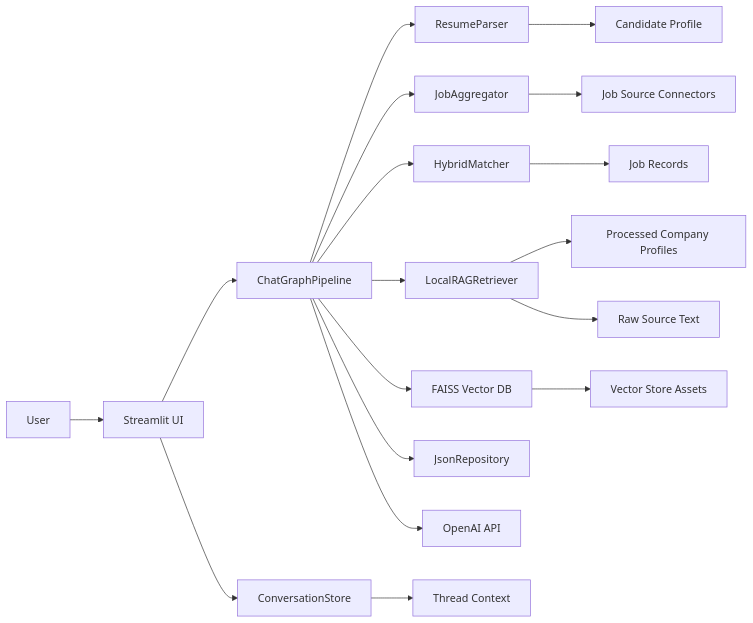
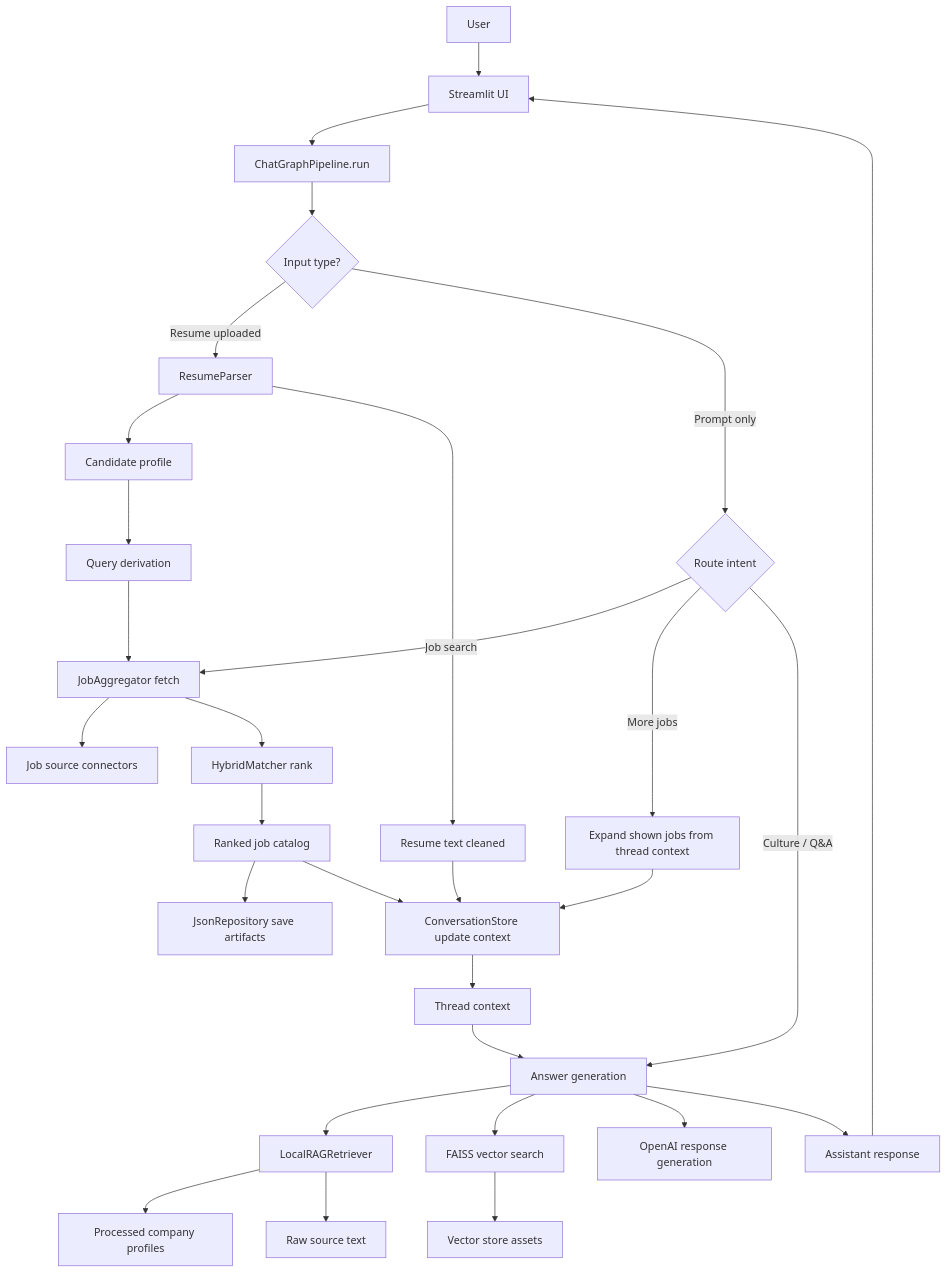
One commit to Ashleshupganlawar/career-intel-assistant changed the diagram in README.md. Above: the diagram before and after it, drawn with Mermaid.

Commit message:
Refine README architecture diagram

````diff
--- a/README.md
+++ b/README.md
@@ -96,20 +96,35 @@
 ```mermaid
-flowchart LR
+flowchart TD
     U[User] --> UI[Streamlit UI]
-    UI --> GP[ChatGraphPipeline]
-    UI --> CS[ConversationStore]
-    GP --> RP[ResumeParser]
-    GP --> JA[JobAggregator]
-    GP --> HM[HybridMatcher]
-    GP --> LR[LocalRAGRetriever]
-    GP --> FV[FAISS Vector DB]
-    GP --> JR[JsonRepository]
-    LR --> PCP[Processed Company Profiles]
-    LR --> RS[Raw Source Text]
-    FV --> VS[Vector Store Assets]
-    JA --> JS[Job Source Connectors]
-    HM --> JT[Job Records]
-    RP --> CP[Candidate Profile]
-    GP --> OA[OpenAI API]
-    CS --> TH[Thread Context]
+    UI --> GP[ChatGraphPipeline.run]
+    GP --> R{Input type?}
+
+    R -->|Resume uploaded| RP[ResumeParser]
+    RP --> CP[Candidate profile]
+    RP --> ORT[Resume text cleaned]
+    CP --> QD[Query derivation]
+    QD --> JA[JobAggregator fetch]
+    JA --> JS[Job source connectors]
+    JA --> HM[HybridMatcher rank]
+    HM --> JC[Ranked job catalog]
+    JC --> JR[JsonRepository save artifacts]
+    JC --> CS[ConversationStore update context]
+    ORT --> CS
+
+    R -->|Prompt only| RI{Route intent}
+    RI -->|Job search| JA
+    RI -->|More jobs| MJ[Expand shown jobs from thread context]
+    MJ --> CS
+    RI -->|Culture / Q&A| QA[Answer generation]
+
+    CS --> TC[Thread context]
+    TC --> QA
+    QA --> LR[LocalRAGRetriever]
+    QA --> FV[FAISS vector search]
+    QA --> OA[OpenAI response generation]
+    LR --> PCP[Processed company profiles]
+    LR --> RS[Raw source text]
+    FV --> VS[Vector store assets]
+    QA --> AR[Assistant response]
+    AR --> UI
 ```
````
